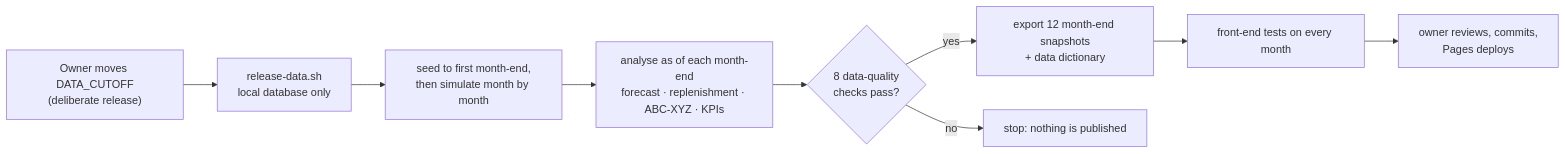
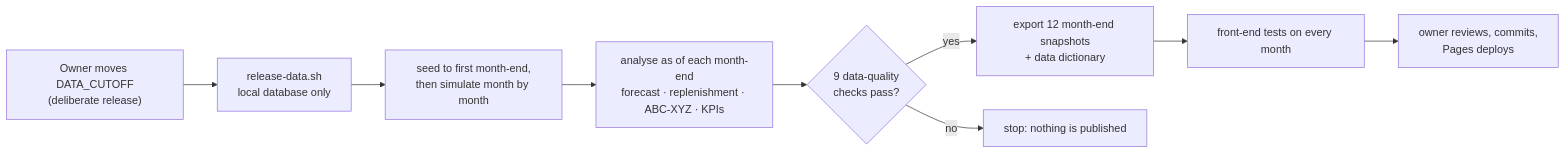
The third of 3 diagrams in docs/backend/high-level-design.md (avixd/retail-inventory-app), drawn with Mermaid before and after one commit. The commit also changed other lines of this file and 114 other files, not shown here.

````diff
--- a/docs/backend/high-level-design.md
+++ b/docs/backend/high-level-design.md
@@ -168,11 +173,11 @@
 ```mermaid
 flowchart LR
     C["Owner moves DATA_CUTOFF<br/>(deliberate release)"] --> B["release-data.sh<br/>local database only"]
     B --> S["seed to first month-end,<br/>then simulate month by month"]
     S --> A["analyse as of each month-end<br/>forecast · replenishment · ABC-XYZ · KPIs"]
-    A --> Q{"8 data-quality<br/>checks pass?"}
+    A --> Q{"9 data-quality<br/>checks pass?"}
     Q -->|yes| E["export 12 month-end snapshots<br/>+ data dictionary"]
     E --> T["front-end tests on every month"]
     T --> R["owner reviews, commits,<br/>Pages deploys"]
     Q -->|no| X["stop: nothing is published"]
 ```
````
